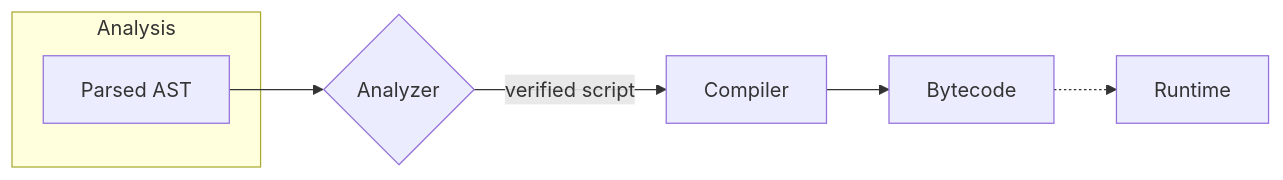
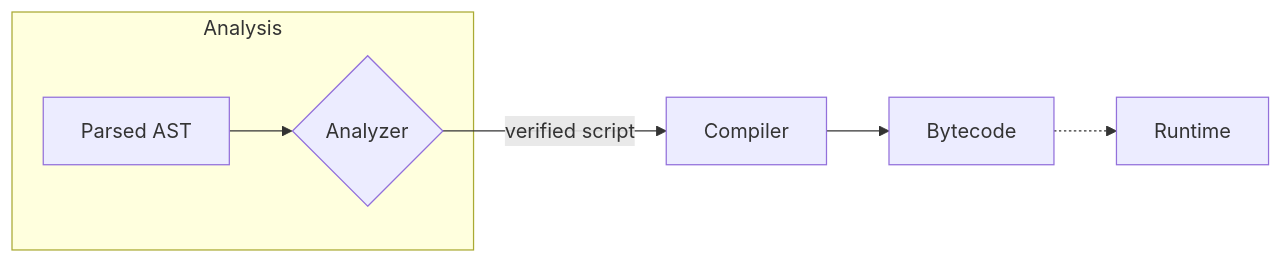
One commit to mcquenji/dscript changed the diagram in docs/advanced/compiler.md. Above: the diagram before and after it, drawn with Mermaid. The commit also changed other lines of this file and 9 other files, not shown here.

````diff
--- a/docs/advanced/compiler.md
+++ b/docs/advanced/compiler.md
@@ -7,10 +6,10 @@
 ```mermaid
 flowchart LR
   subgraph Analysis
     A[Parsed AST]
+  A --> B{Analyzer}
   end
-  A --> B{Analyzer}
   B -->|verified script| C[Compiler]
   C --> D[Bytecode]
   D -.-> E[Runtime]
 ```
````
